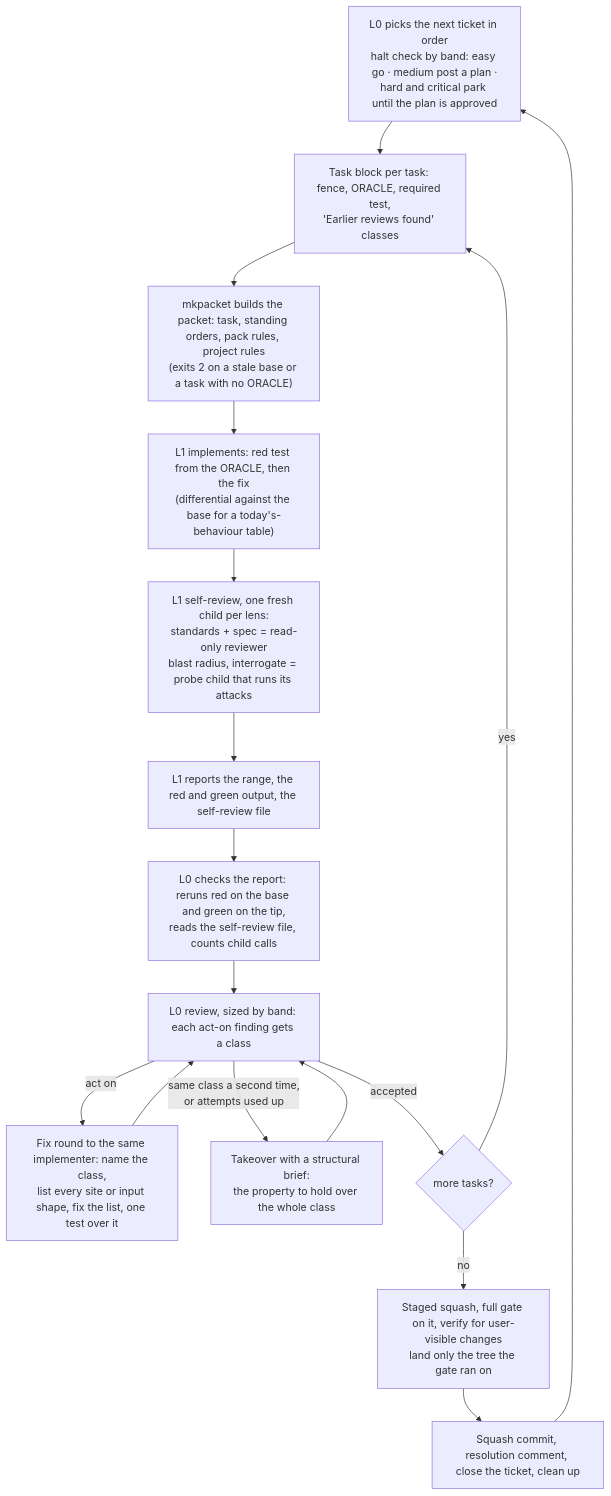
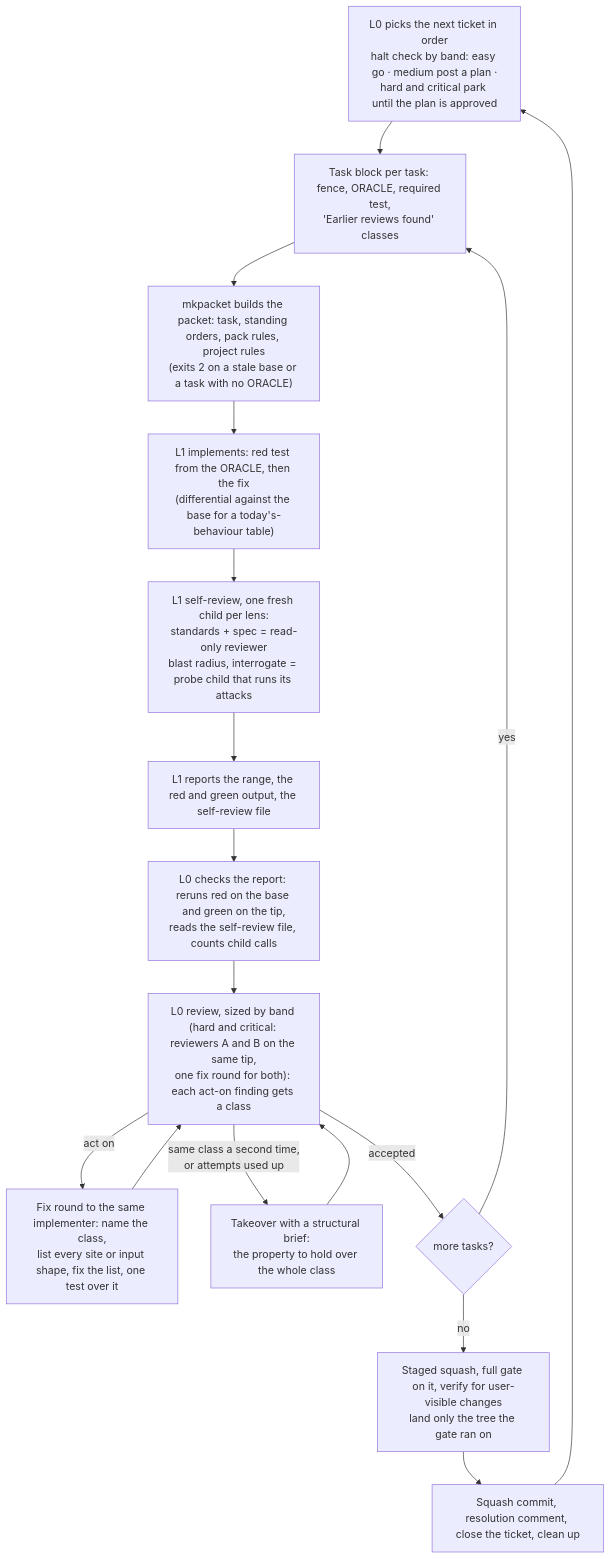
The seventh of 7 diagrams in README.md (kushaldotdev/rigor-pack), drawn with Mermaid before and after one commit. The commit also changed 1 other file, not shown here.

Commit message:
feat(rigor): review hard tickets on both axes at once, and record rounds, repeats and takeover reasons
- Run reviewers A and B on the same tip for hard and critical first
  implementations, and hold the fix round for both verdicts, so one round
  and one delta review answer both.
- Record each verdict's round number and finding classes in the trail,
  marking a class that repeats, and record why a takeover happened.
- Close every session with rounds, repeated classes and takeover reason
  per task.
- Show the two-reviewer step in the README chain diagram.

````diff
--- a/README.md
+++ b/README.md
@@ -164,19 +164,19 @@
 ```mermaid
 flowchart TD
   P["L0 picks the next ticket in order<br/>halt check by band: easy go · medium post a plan ·<br/>hard and critical park until the plan is approved"] --> O["Task block per task: fence, ORACLE, required test,<br/>'Earlier reviews found' classes"]
   O --> K["mkpacket builds the packet: task, standing orders, pack rules, project rules<br/>(exits 2 on a stale base or a task with no ORACLE)"]
   K --> I["L1 implements: red test from the ORACLE, then the fix<br/>(differential against the base for a today's-behaviour table)"]
   I --> SR["L1 self-review, one fresh child per lens:<br/>standards + spec = read-only reviewer<br/>blast radius, interrogate = probe child that runs its attacks"]
   SR --> R["L1 reports the range, the red and green output, the self-review file"]
   R --> C["L0 checks the report: reruns red on the base and green on the tip,<br/>reads the self-review file, counts child calls"]
-  C --> RV["L0 review, sized by band: each act-on finding gets a class"]
+  C --> RV["L0 review, sized by band (hard and critical: reviewers A and B on the same tip,<br/>one fix round for both): each act-on finding gets a class"]
   RV -- "act on" --> FX["Fix round to the same implementer: name the class,<br/>list every site or input shape, fix the list, one test over it"]
   FX --> RV
   RV -- "same class a second time,<br/>or attempts used up" --> TK["Takeover with a structural brief:<br/>the property to hold over the whole class"]
   TK --> RV
   RV -- accepted --> N{"more tasks?"}
   N -- yes --> O
   N -- no --> G["Staged squash, full gate on it, verify for user-visible changes<br/>land only the tree the gate ran on"]
   G --> CL["Squash commit, resolution comment, close the ticket, clean up"]
   CL --> P
 ```
````
